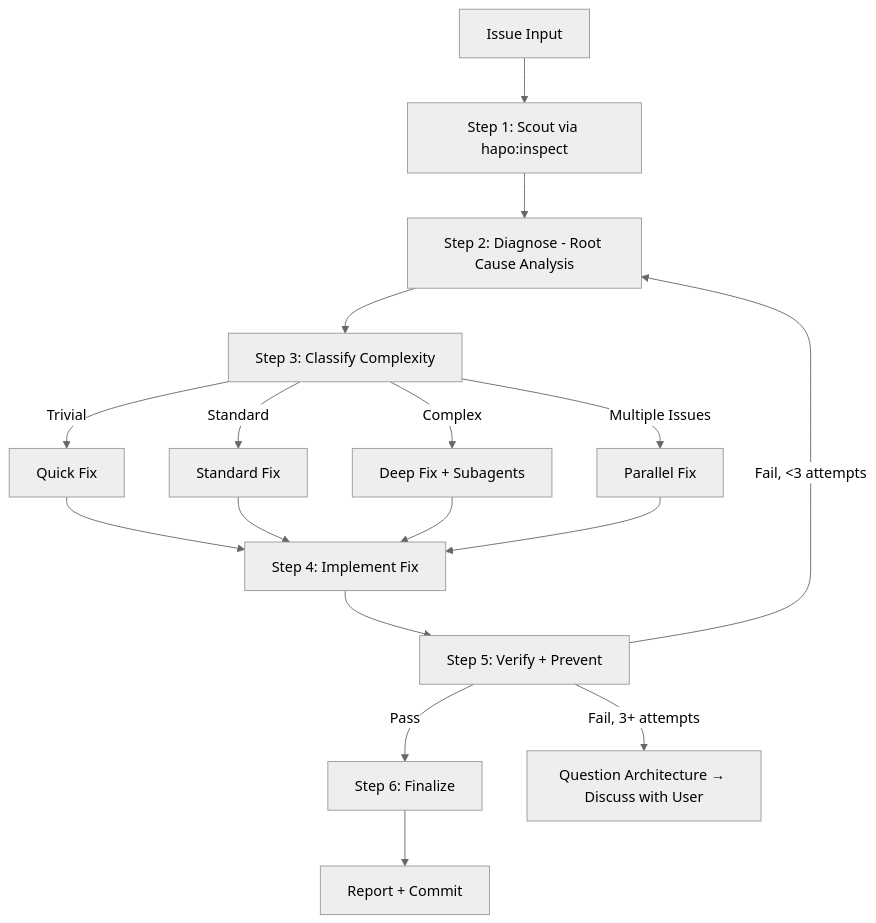
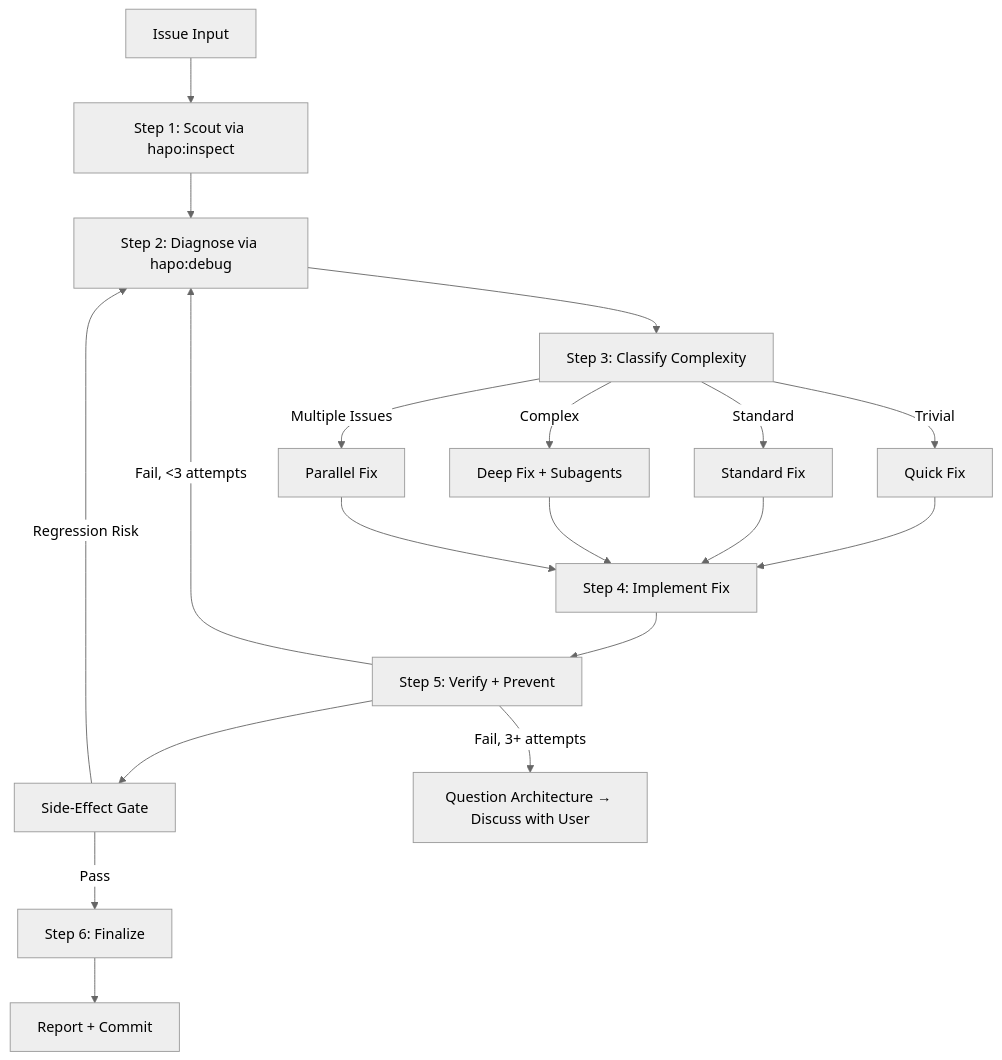
One commit to hapo-nghialuu/antigravity-kit changed the diagram in packages/spec/src/claude/skills/hotfix/SKILL.md. Above: the diagram before and after it, drawn with Mermaid (neutral theme). The commit also changed other lines of this file and 23 other files, not shown here.

````diff
--- a/packages/spec/src/claude/skills/hotfix/SKILL.md
+++ b/packages/spec/src/claude/skills/hotfix/SKILL.md
@@ -38,19 +41,21 @@
 ```mermaid
 flowchart TD
     A[Issue Input] --> B[Step 1: Scout via hapo:inspect]
-    B --> C[Step 2: Diagnose - Root Cause Analysis]
+    B --> C[Step 2: Diagnose via hapo:debug]
     C --> D[Step 3: Classify Complexity]
     D -->|Trivial| E[Quick Fix]
     D -->|Standard| F[Standard Fix]
     D -->|Complex| G[Deep Fix + Subagents]
     D -->|Multiple Issues| H[Parallel Fix]
     E --> I[Step 4: Implement Fix]
     F --> I
     G --> I
     H --> I
     I --> J[Step 5: Verify + Prevent]
-    J -->|Pass| K[Step 6: Finalize]
+    J --> N[Side-Effect Gate]
+    N -->|Pass| K[Step 6: Finalize]
+    N -->|Regression Risk| C
     J -->|Fail, <3 attempts| C
     J -->|Fail, 3+ attempts| L[Question Architecture → Discuss with User]
     K --> M[Report + Commit]
 ```
````
